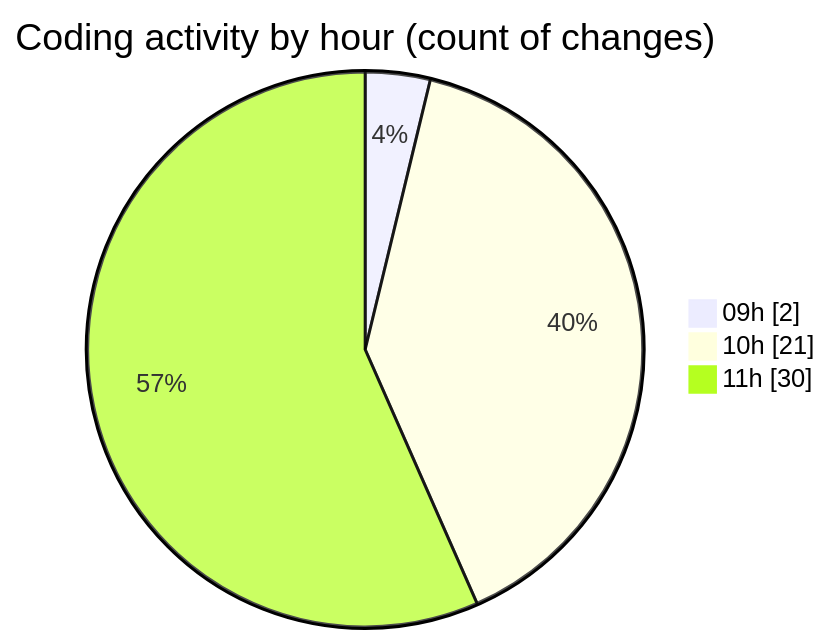
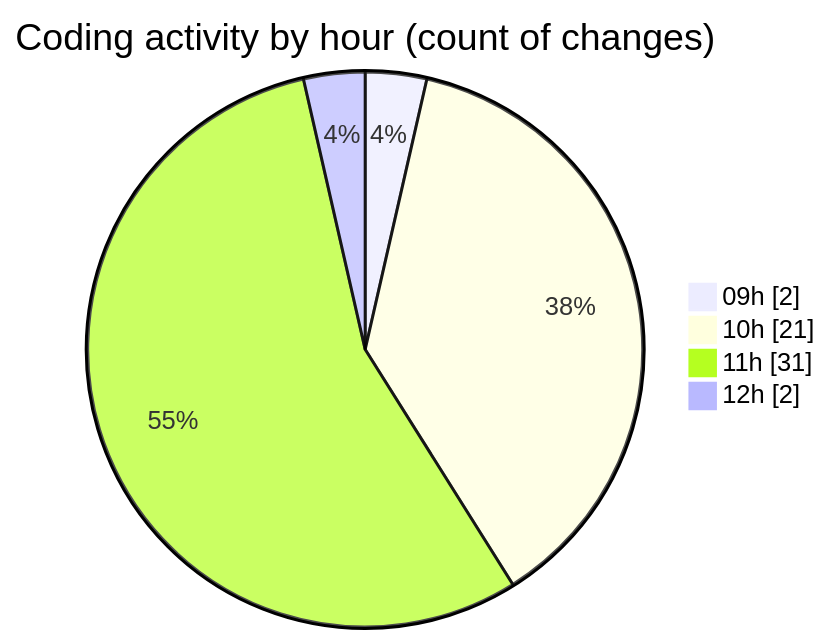
One commit to LanceThiago/code-tracking changed the second of 2 diagrams in 2025-03-27/kml/README.md. Above: the diagram before and after it, drawn with Mermaid. The commit also changed other lines of this file and 1 other file, not shown here.

````diff
--- a/2025-03-27/kml/README.md
+++ b/2025-03-27/kml/README.md
@@ -40,7 +40,8 @@
 ```mermaid
 pie showData
 title Coding activity by hour (count of changes)
 "09h" : 2
 "10h" : 21
-"11h" : 30
+"11h" : 31
+"12h" : 2
 ```
````
